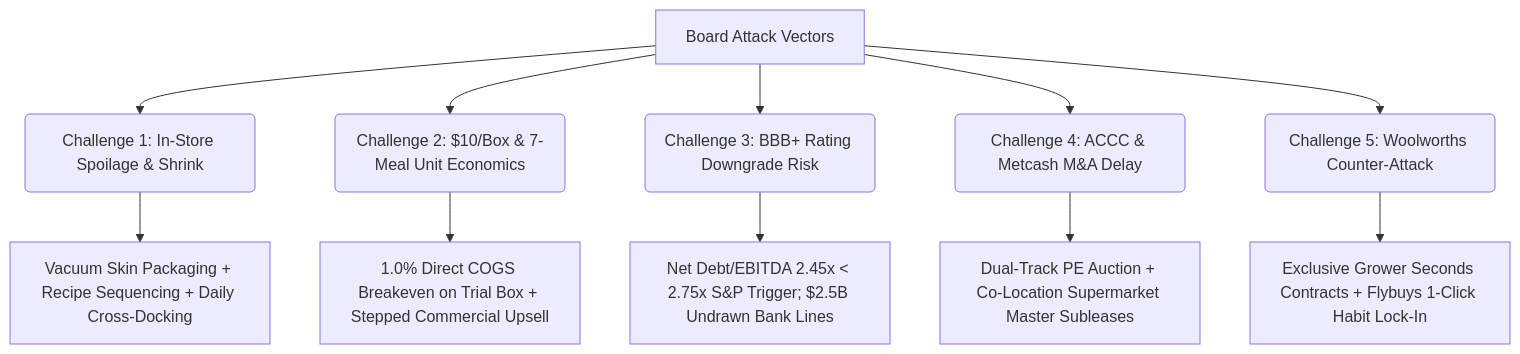
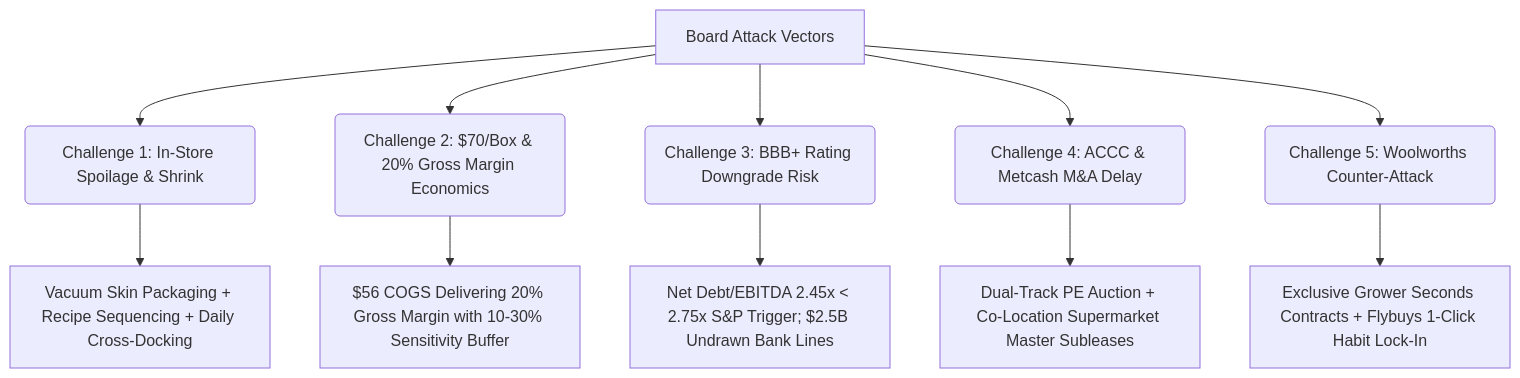
The diagram in implementation_plan.md (pangwuu/coles-kits-plan), drawn with Mermaid before and after one commit. The commit also changed other lines of this file and 2 other files, not shown here.

Commit message:
Update site with 20% gross margin calibration and /box pricing

````diff
--- a/implementation_plan.md
+++ b/implementation_plan.md
@@ -165,14 +170,14 @@
 ```mermaid
 graph TD
     A[Board Attack Vectors] --> B(Challenge 1: In-Store Spoilage & Shrink)
-    A --> C(Challenge 2: $10/Box & 7-Meal Unit Economics)
+    A --> C(Challenge 2: $70/Box & 20% Gross Margin Economics)
     A --> D(Challenge 3: BBB+ Rating Downgrade Risk)
     A --> E(Challenge 4: ACCC & Metcash M&A Delay)
     A --> F(Challenge 5: Woolworths Counter-Attack)
 
     B --> B1[Vacuum Skin Packaging + Recipe Sequencing + Daily Cross-Docking]
-    C --> C1[1.0% Direct COGS Breakeven on Trial Box + Stepped Commercial Upsell]
+    C --> C1[$56 COGS Delivering 20% Gross Margin with 10-30% Sensitivity Buffer]
     D --> D1[Net Debt/EBITDA 2.45x < 2.75x S&P Trigger; $2.5B Undrawn Bank Lines]
     E --> E1[Dual-Track PE Auction + Co-Location Supermarket Master Subleases]
     F --> F1[Exclusive Grower Seconds Contracts + Flybuys 1-Click Habit Lock-In]
 ```
````
